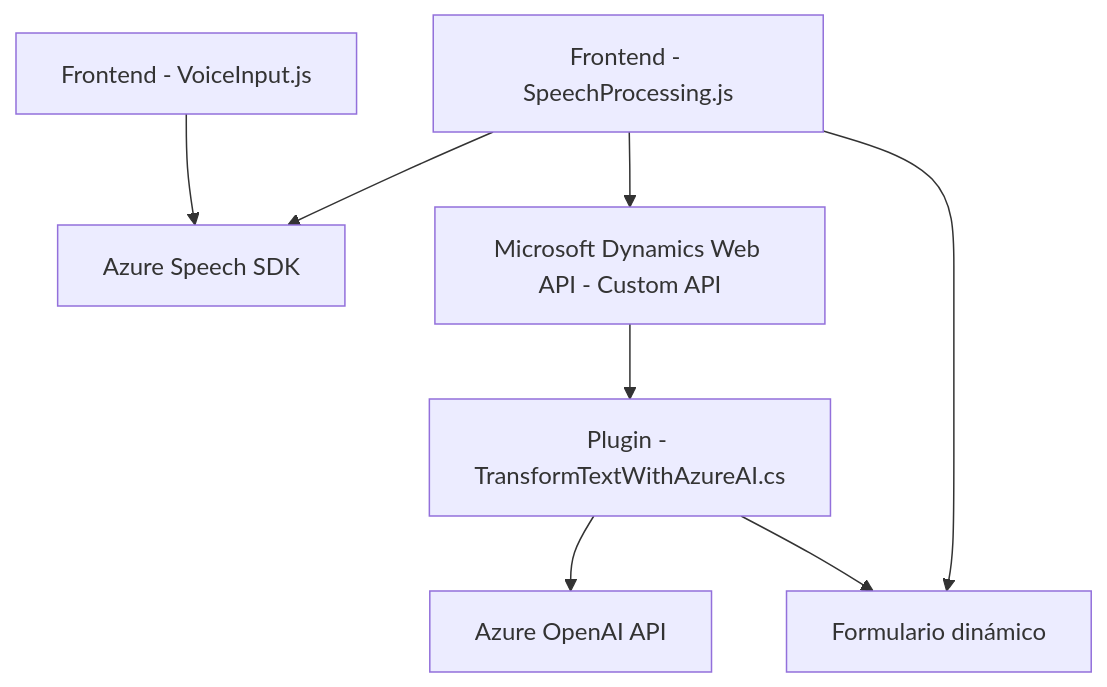
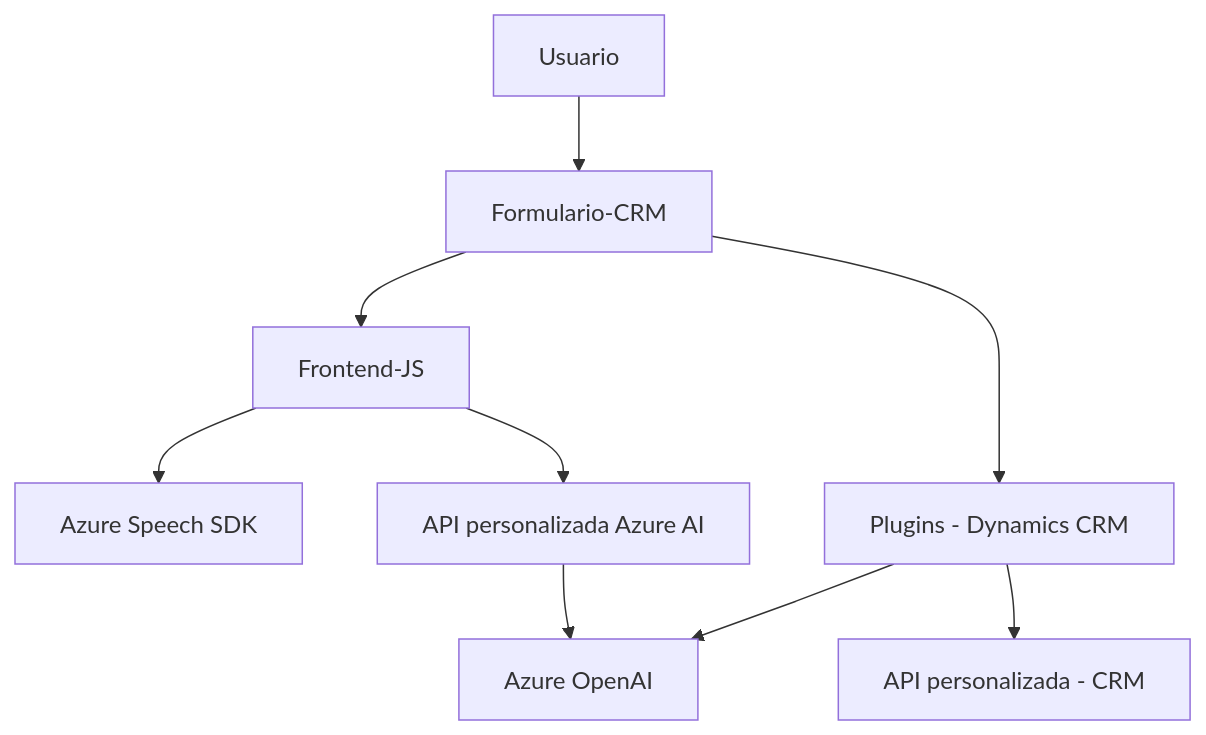
One commit to blopezdm/NETCORE_BILBAO2025 changed the diagram in README.md. Above: the diagram before and after it, drawn with Mermaid. The commit also changed other lines of this file, not shown here.

````diff
--- a/README.md
+++ b/README.md
@@ -37,18 +54,11 @@
 ```mermaid
 graph TD
-    A["Frontend - VoiceInput.js"]
-    B["Frontend - SpeechProcessing.js"]
-    C["Azure Speech SDK"]
-    D["Microsoft Dynamics Web API - Custom API"]
-    E["Plugin - TransformTextWithAzureAI.cs"]
-    F["Azure OpenAI API"]
-    G["Formulario dinámico"]
-
-    A --> C
-    B --> C
-    B --> D
-    D --> E
-    E --> F
-    B --> G
-    E --> G
+  A[Usuario] --> B[Formulario-CRM]
+  B --> C[Frontend-JS]
+  C --> D["Azure Speech SDK"]
+  C --> E["API personalizada Azure AI"]
+  E --> F[Azure OpenAI]
+  B --> G[Plugins - Dynamics CRM]
+  G --> F
+  G --> H[API personalizada - CRM]
 ```
````
